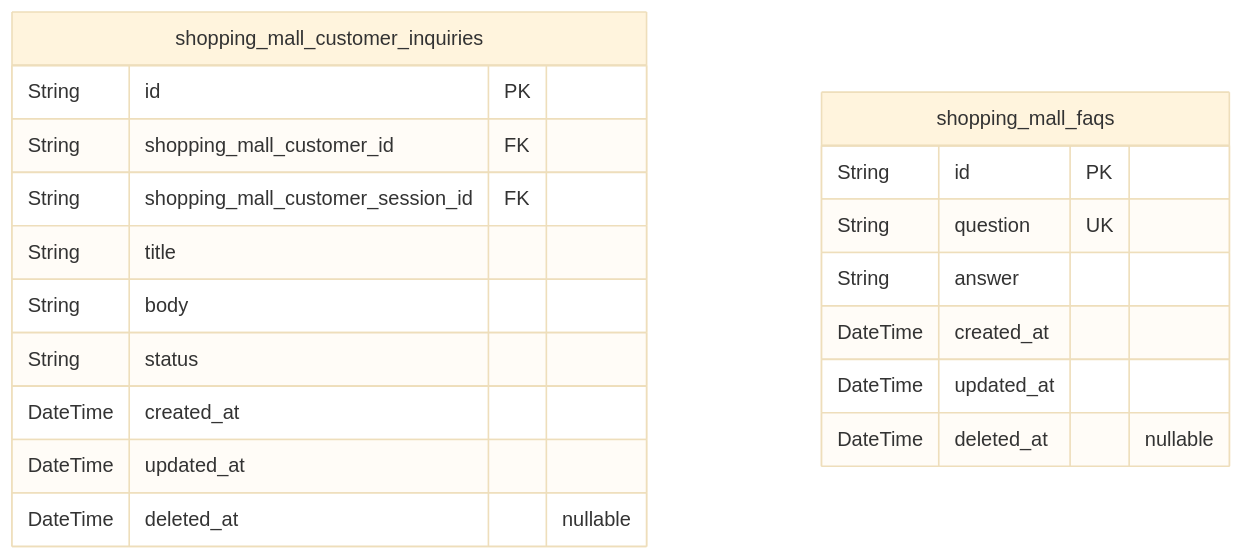
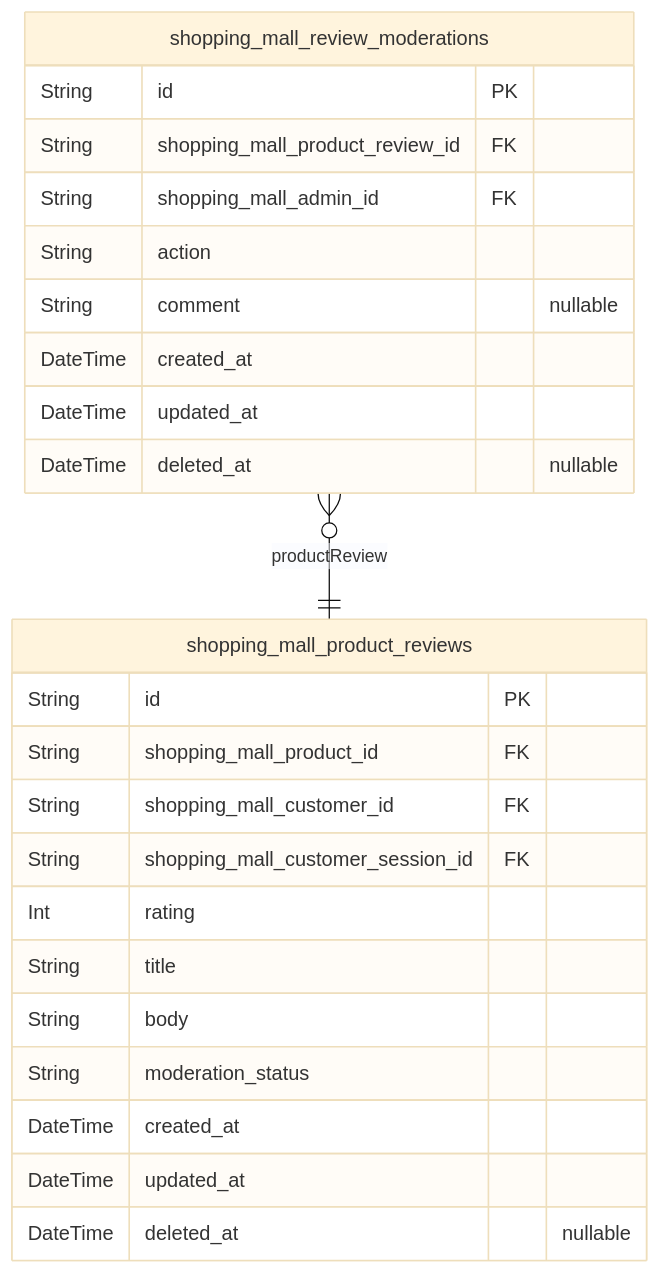
Before and after one commit to wrtnlabs/autobe-examples: the seventh of 10 diagrams in openai/gpt-4.1-mini/shopping/docs/ERD.md, drawn with Mermaid (base theme). The commit also changed other lines of this file and 1553 other files, not shown here.

````diff
--- a/openai/gpt-4.1-mini/shopping/docs/ERD.md
+++ b/openai/gpt-4.1-mini/shopping/docs/ERD.md
@@ -1249,22 +941,27 @@
 ```mermaid
 erDiagram
-"shopping_mall_customer_inquiries" {
+"shopping_mall_product_reviews" {
   String id PK
+  String shopping_mall_product_id FK
   String shopping_mall_customer_id FK
   String shopping_mall_customer_session_id FK
+  Int rating
   String title
   String body
-  String status
+  String moderation_status
   DateTime created_at
   DateTime updated_at
   DateTime deleted_at "nullable"
 }
-"shopping_mall_faqs" {
+"shopping_mall_review_moderations" {
   String id PK
-  String question UK
-  String answer
+  String shopping_mall_product_review_id FK
+  String shopping_mall_admin_id FK
+  String action
+  String comment "nullable"
   DateTime created_at
   DateTime updated_at
   DateTime deleted_at "nullable"
 }
+"shopping_mall_review_moderations" }o--|| "shopping_mall_product_reviews" : productReview
 ```
````
